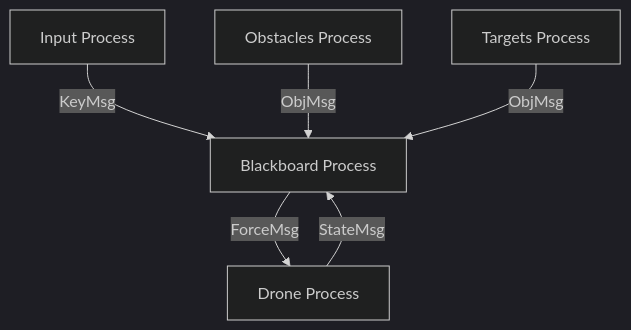
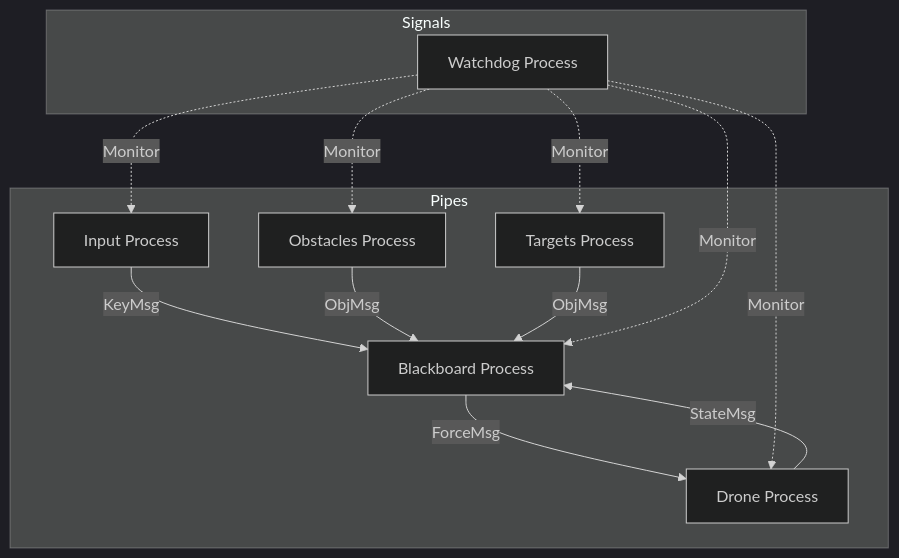
The diagram in README.md (AriBardoni/ARP_Assigment), drawn with Mermaid (dark theme) before and after one commit. The commit also changed other lines of this file, not shown here.

````diff
--- a/README.md
+++ b/README.md
@@ -79,8 +92,18 @@
 ```mermaid
 graph TD
+    subgraph Data Flow [Pipes]
     Input[Input Process] -->|KeyMsg| Blackboard[Blackboard Process]
     Blackboard -->|ForceMsg| Drone[Drone Process]
     Drone -->|StateMsg| Blackboard
     Obstacles[Obstacles Process] -->|ObjMsg| Blackboard
     Targets[Targets Process] -->|ObjMsg| Blackboard
+    end
+
+    subgraph Monitoring [Signals]
+    Watchdog[Watchdog Process] -.->|Monitor| Input
+    Watchdog -.->|Monitor| Drone
+    Watchdog -.->|Monitor| Blackboard
+    Watchdog -.->|Monitor| Obstacles
+    Watchdog -.->|Monitor| Targets
+    end
 ```
````
